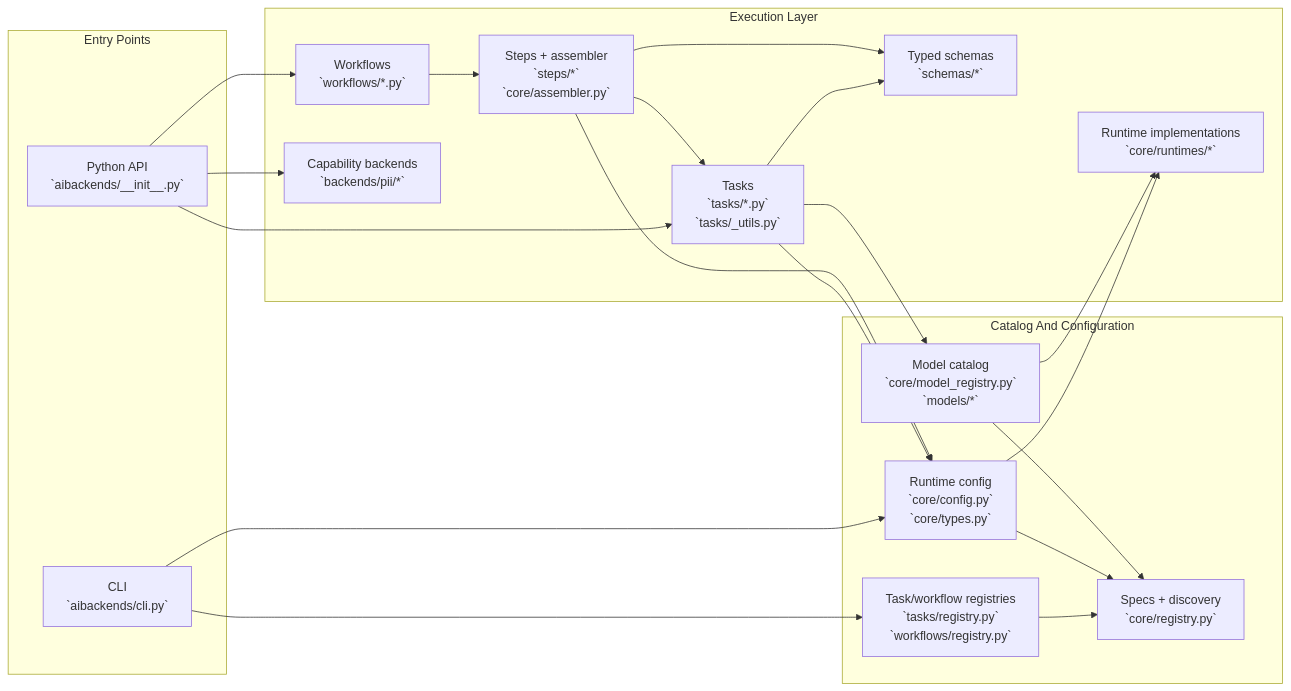
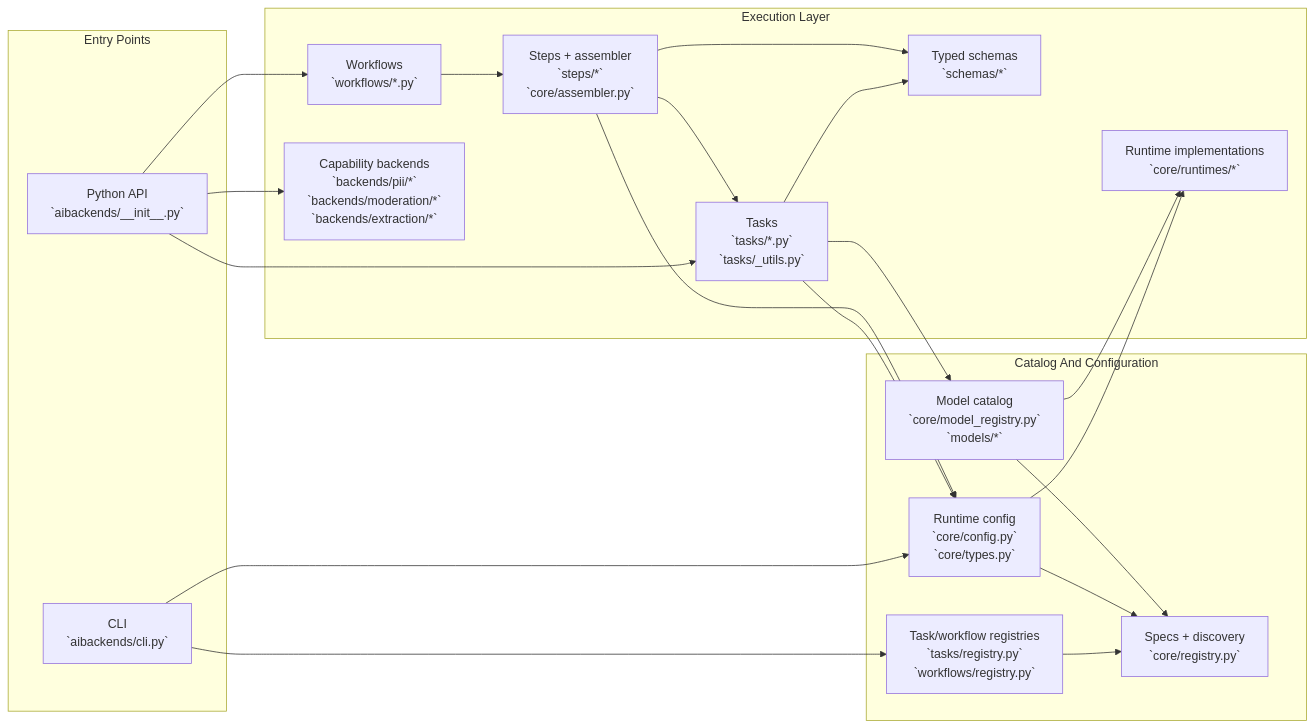
The diagram in docs/architecture.md (donvito/aibackends), drawn with Mermaid before and after one commit. The commit also changed other lines of this file and 30 other files, not shown here.

````diff
--- a/docs/architecture.md
+++ b/docs/architecture.md
@@ -23,41 +24,41 @@
 ```mermaid
 flowchart LR
   subgraph Entry["Entry Points"]
     API["Python API<br/>`aibackends/__init__.py`"]
     CLI["CLI<br/>`aibackends/cli.py`"]
   end
 
   subgraph Catalog["Catalog And Configuration"]
     Specs["Specs + discovery<br/>`core/registry.py`"]
     Config["Runtime config<br/>`core/config.py`<br/>`core/types.py`"]
     TaskWorkflow["Task/workflow registries<br/>`tasks/registry.py`<br/>`workflows/registry.py`"]
     Models["Model catalog<br/>`core/model_registry.py`<br/>`models/*`"]
   end
 
   subgraph Execution["Execution Layer"]
     Tasks["Tasks<br/>`tasks/*.py`<br/>`tasks/_utils.py`"]
     Workflows["Workflows<br/>`workflows/*.py`"]
     Steps["Steps + assembler<br/>`steps/*`<br/>`core/assembler.py`"]
     Runtimes["Runtime implementations<br/>`core/runtimes/*`"]
     Schemas["Typed schemas<br/>`schemas/*`"]
-    Backends["Capability backends<br/>`backends/pii/*`"]
+    Backends["Capability backends<br/>`backends/pii/*`<br/>`backends/moderation/*`<br/>`backends/extraction/*`"]
   end
 
   API --> Tasks
   API --> Workflows
   API --> Backends
   CLI --> TaskWorkflow
   CLI --> Config
   TaskWorkflow --> Specs
   Tasks --> Config
   Tasks --> Models
   Tasks --> Schemas
   Workflows --> Steps
   Steps --> Tasks
   Steps --> Config
   Steps --> Schemas
   Config --> Specs
   Config --> Runtimes
   Models --> Specs
   Models --> Runtimes
 ```
````
